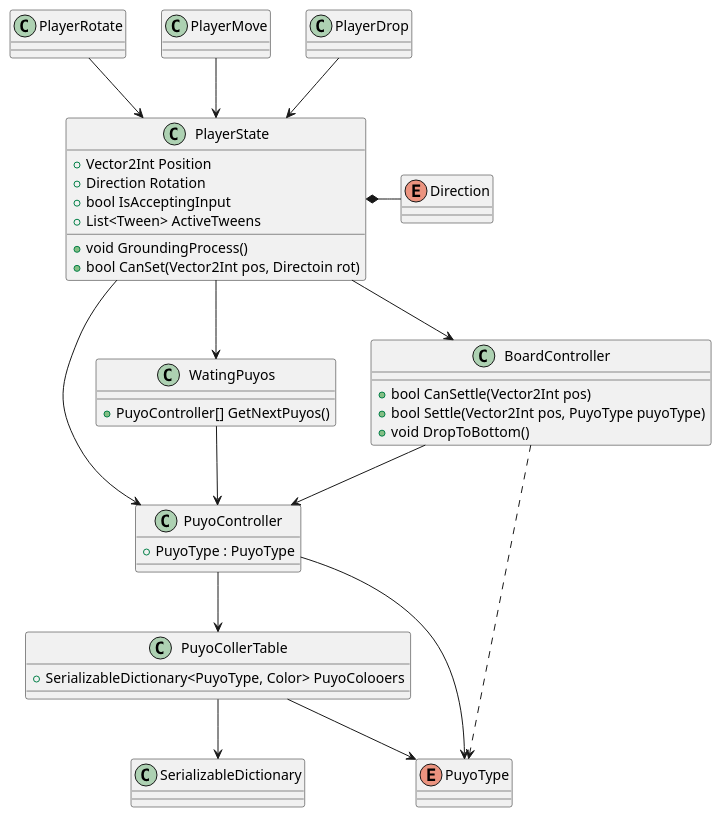
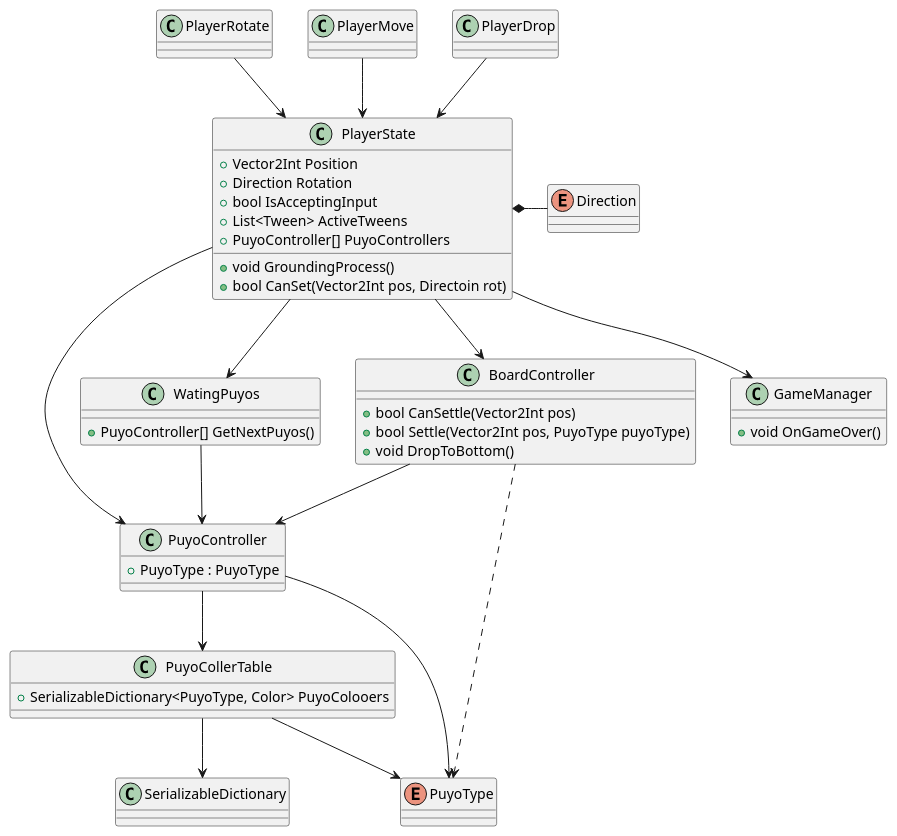
One commit to snnn30/UniteBlocks changed the diagram in puyopuyo.pu. Above: the diagram before and after it, drawn with PlantUML. The commit also changed 77 other files, not shown here.

```diff
--- a/puyopuyo.pu
+++ b/puyopuyo.pu
@@ -1,50 +1,56 @@
 @startuml hoge
 class BoardController{
     +bool CanSettle(Vector2Int pos) 
     +bool Settle(Vector2Int pos, PuyoType puyoType)
     +void DropToBottom()
 }
 class PuyoController{
     +PuyoType : PuyoType
 }
 class PuyoCollerTable{
     +SerializableDictionary<PuyoType, Color> PuyoColooers
 }
 class SerializableDictionary
 enum PuyoType
 
 class PlayerRotate
 class PlayerMove
 class PlayerDrop
 class PlayerState{
     +Vector2Int Position
     +Direction Rotation    
     +bool IsAcceptingInput
     +List<Tween> ActiveTweens
+    +PuyoController[] PuyoControllers
     +void GroundingProcess()
     +bool CanSet(Vector2Int pos, Directoin rot)
 }
 enum Direction
 class WatingPuyos{
     +PuyoController[] GetNextPuyos()
+}
+
+class GameManager{
+    +void OnGameOver()
 }
 
 BoardController --> PuyoController
 BoardController ..> PuyoType
 PuyoController --> PuyoCollerTable
 PuyoController --> PuyoType
 PuyoCollerTable --> SerializableDictionary
 PuyoCollerTable --> PuyoType
 
 PlayerDrop --> PlayerState
 PlayerRotate --> PlayerState
 PlayerMove --> PlayerState
 
 PlayerState --> PuyoController
 PlayerState --> BoardController
 PlayerState *- Direction
 PlayerState --> WatingPuyos
+PlayerState =-> GameManager
 WatingPuyos --> PuyoController
 
 
 @enduml
```
